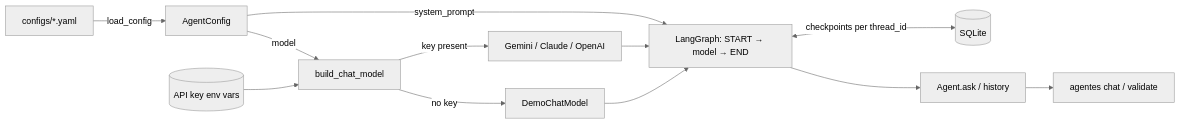
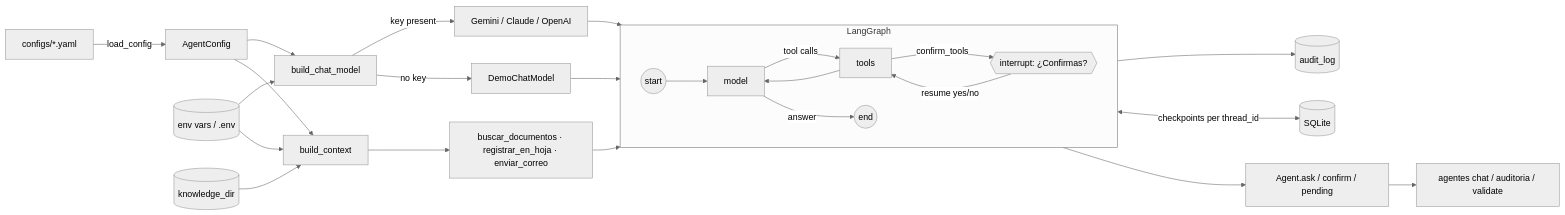
The diagram in docs/architecture.md (ricardoprs76-max/despacho-juridico), drawn with Mermaid (neutral theme) before and after one commit. The commit also changed other lines of this file and 2 other files, not shown here.

Commit message:
docs: document tools, confirmation and audit log

````diff
--- a/docs/architecture.md
+++ b/docs/architecture.md
@@ -3,14 +3,30 @@
 ```mermaid
 flowchart LR
     YAML[configs/*.yaml] -->|load_config| CFG[AgentConfig]
-    CFG -->|model| FAC[build_chat_model]
-    ENV[(API key env vars)] --> FAC
+    CFG --> FAC[build_chat_model]
+    ENV[(env vars / .env)] --> FAC
     FAC -->|key present| REAL[Gemini / Claude / OpenAI]
     FAC -->|no key| DEMO[DemoChatModel]
-    CFG -->|system_prompt| GRAPH[LangGraph: START → model → END]
-    REAL --> GRAPH
-    DEMO --> GRAPH
-    GRAPH <-->|checkpoints per thread_id| DB[(SQLite)]
-    GRAPH --> AGENT[Agent.ask / history]
-    AGENT --> CLI[agentes chat / validate]
+    CFG --> CTX[build_context]
+    DOCS[(knowledge_dir)] --> CTX
+    ENV --> CTX
+    CTX --> TOOLS[buscar_documentos · registrar_en_hoja · enviar_correo]
+
+    subgraph Graph[LangGraph]
+        direction LR
+        START((start)) --> M[model]
+        M -->|tool calls| T[tools]
+        T -->|confirm_tools| I{{interrupt: ¿Confirmas?}}
+        I -->|resume yes/no| T
+        T --> M
+        M -->|answer| END((end))
+    end
+
+    REAL --> M
+    DEMO --> M
+    TOOLS --> T
+    T --> AUD[(audit_log)]
+    Graph <-->|checkpoints per thread_id| DB[(SQLite)]
+    Graph --> AGENT[Agent.ask / confirm / pending]
+    AGENT --> CLI[agentes chat / auditoria / validate]
 ```
````
